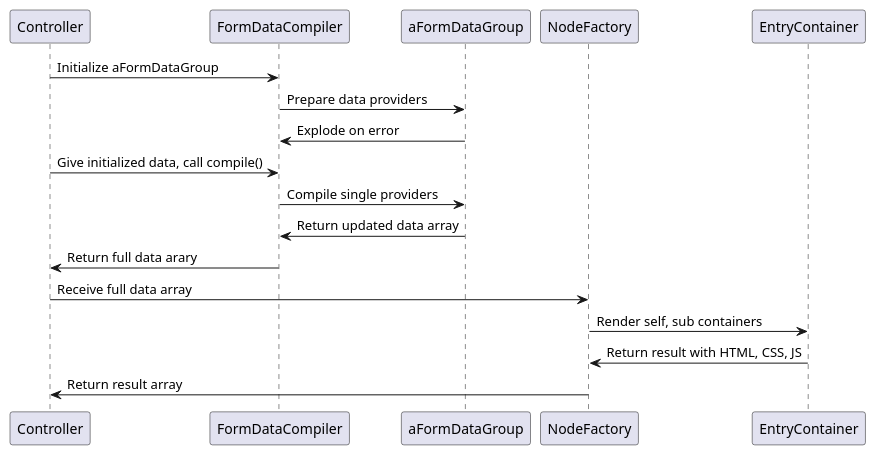
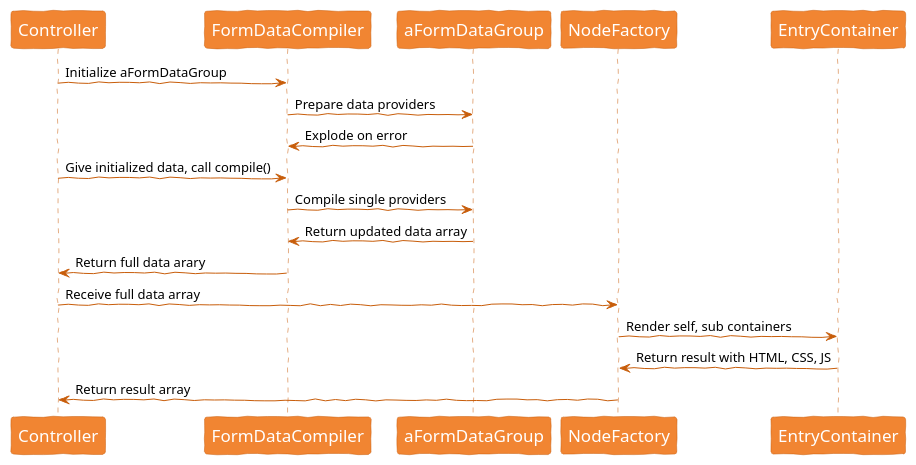
Before and after one commit to TYPO3-Documentation/TYPO3CMS-Reference-CoreApi: the diagram in Documentation/Images/FormEngineMainWorkflow.plantuml, drawn with PlantUML. The commit also changed 12 other files, not shown here.

```diff
--- a/Documentation/Images/FormEngineMainWorkflow.plantuml
+++ b/Documentation/Images/FormEngineMainWorkflow.plantuml
@@ -1,13 +1,34 @@
 @startuml
+
+skinparam handwritten true
+
+skinparam sequence {
+	ArrowColor #c85d0a
+	ActorBorderColor #c85d0a
+	LifeLineBorderColor #c85d0a
+	LifeLineBackgroundColor #c85d0a
+
+	ParticipantBorderColor #c85d0a
+	ParticipantBackgroundColor #f18532
+	ParticipantFontName Helvetica
+	ParticipantFontSize 17
+	ParticipantFontColor #FFFFFF
+
+	ActorBackgroundColor aqua
+	ActorFontColor #c85d0a
+	ActorFontSize 17
+	ActorFontName Helvetica
+}
+
 Controller -> FormDataCompiler : Initialize aFormDataGroup
 FormDataCompiler -> aFormDataGroup : Prepare data providers
 aFormDataGroup -> FormDataCompiler : Explode on error
 Controller -> FormDataCompiler : Give initialized data, call compile()
 FormDataCompiler -> aFormDataGroup : Compile single providers
 aFormDataGroup -> FormDataCompiler : Return updated data array
 FormDataCompiler -> Controller : Return full data arary
 Controller -> NodeFactory : Receive full data array
 NodeFactory -> EntryContainer : Render self, sub containers
 EntryContainer -> NodeFactory : Return result with HTML, CSS, JS
 NodeFactory -> Controller : Return result array
 @enduml
```
